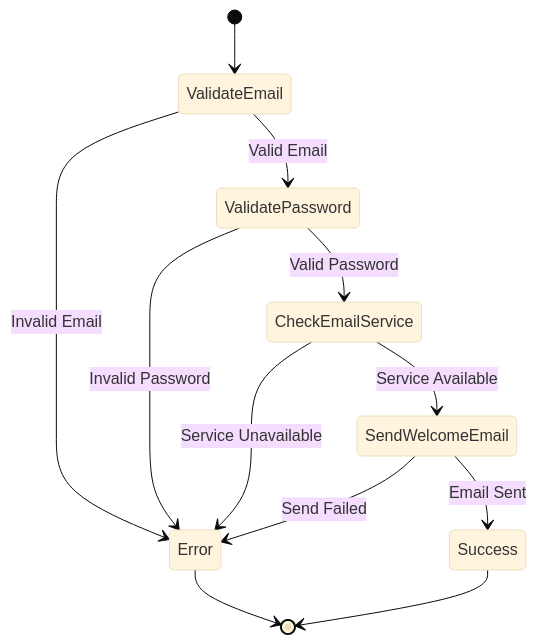
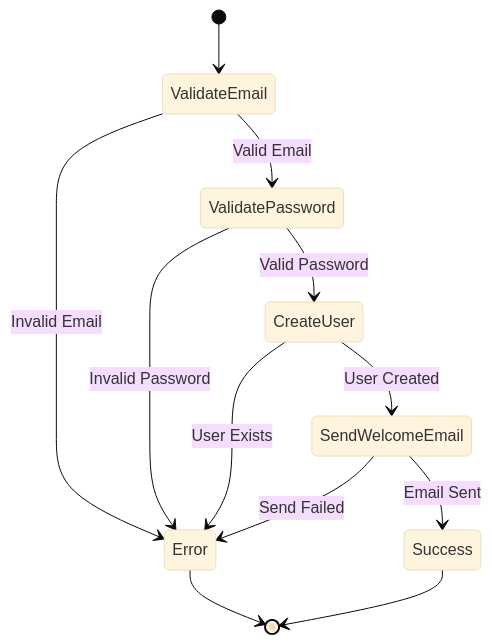
The second of 3 diagrams in README.md (vvidov/resultType), drawn with Mermaid (base theme) before and after one commit. The commit also changed other lines of this file, not shown here.

First line of the commit message:
docs: update service overview and validation chain

````diff
--- a/README.md
+++ b/README.md
@@ -124,18 +124,18 @@
 ```mermaid
 stateDiagram-v2
     [*] --> ValidateEmail
     ValidateEmail --> ValidatePassword : Valid Email
     ValidateEmail --> Error : Invalid Email
     
-    ValidatePassword --> CheckEmailService : Valid Password
+    ValidatePassword --> CreateUser : Valid Password
     ValidatePassword --> Error : Invalid Password
     
-    CheckEmailService --> SendWelcomeEmail : Service Available
-    CheckEmailService --> Error : Service Unavailable
+    CreateUser --> SendWelcomeEmail : User Created
+    CreateUser --> Error : User Exists
     
     SendWelcomeEmail --> Success : Email Sent
     SendWelcomeEmail --> Error : Send Failed
     
     Error --> [*]
     Success --> [*]
 ```
````
